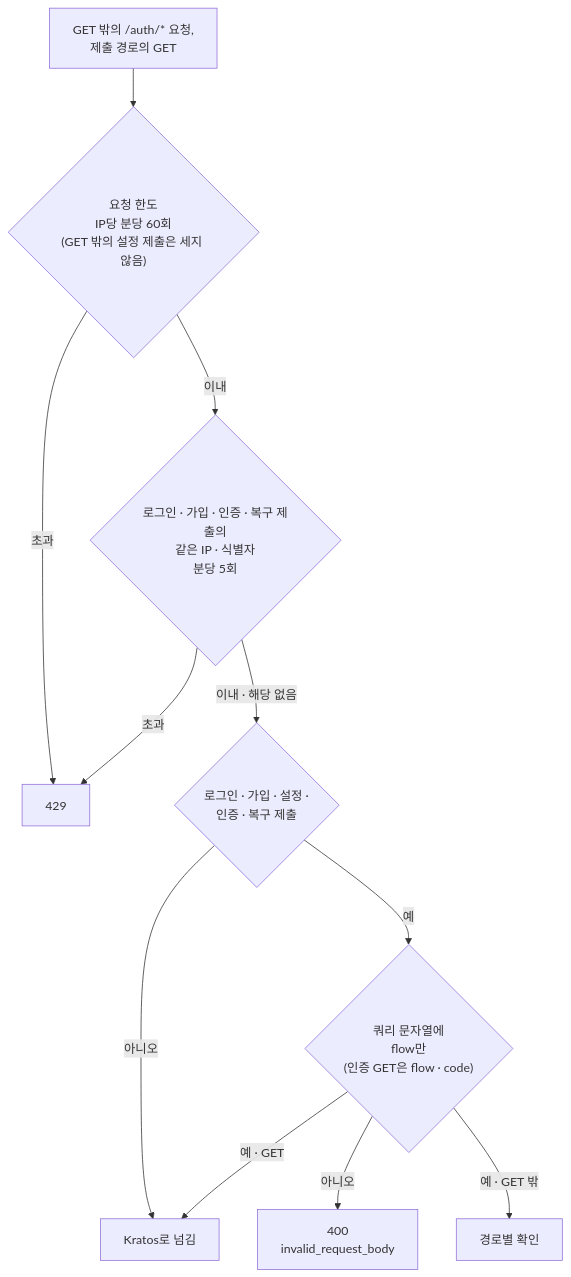
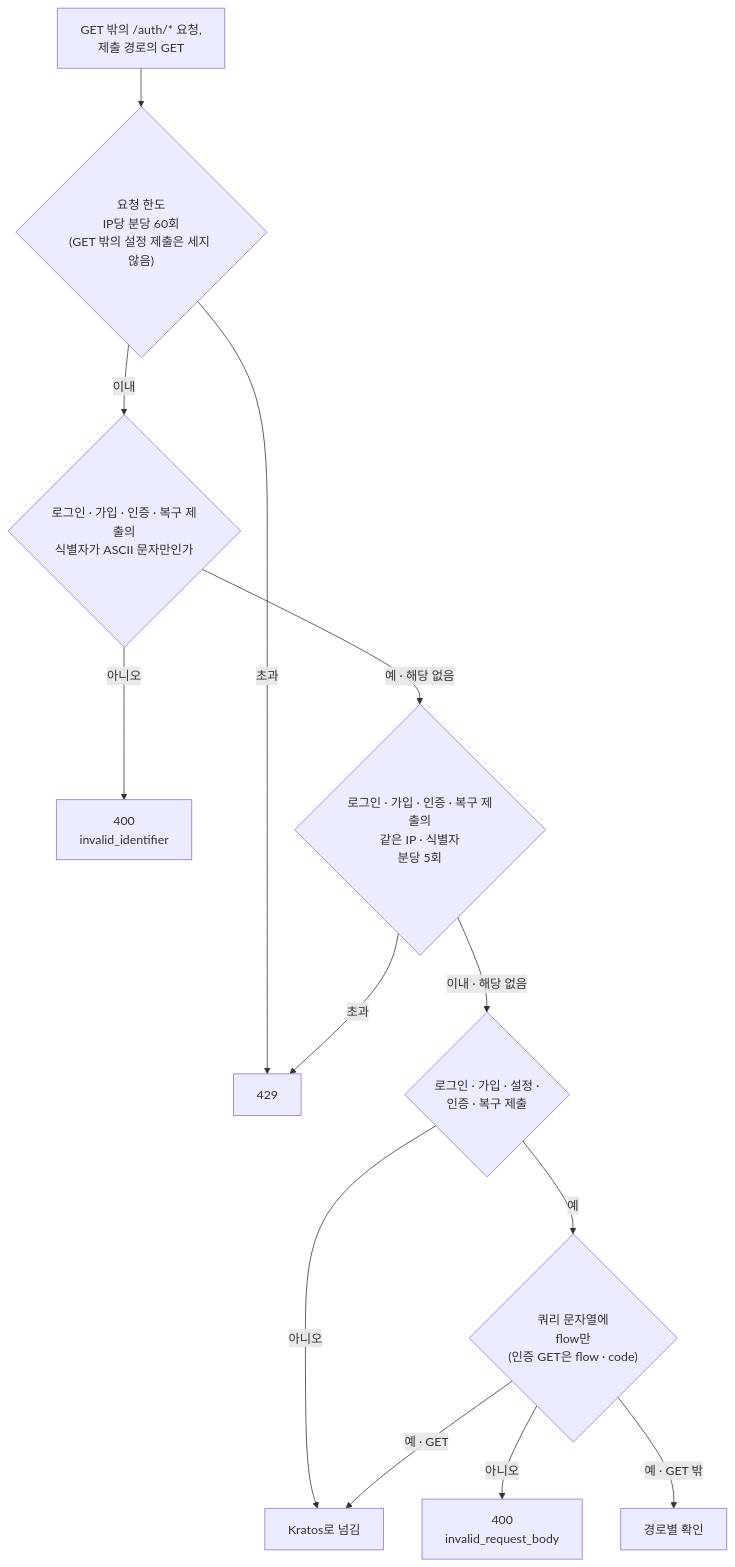
The first of 3 diagrams in docs/guides/auth-proxy.ko.md (onprem-hipster-timer/backend), drawn with Mermaid before and after one commit. The commit also changed other lines of this file and 5 other files, not shown here.

Commit message:
docs(auth): /auth 식별자의 ASCII 규칙과 ASCII 앞뒤 공백 제거·소문자 변환으로 하는 식별자 비교를 프록시·인증·게스트·요청 한도·배포 문서와 CHANGELOG에 반영한다

````diff
--- a/docs/guides/auth-proxy.ko.md
+++ b/docs/guides/auth-proxy.ko.md
@@ -30,13 +30,15 @@
 ```mermaid
 flowchart TD
     A["GET 밖의 /auth/* 요청,<br/>제출 경로의 GET"] --> RL{"요청 한도<br/>IP당 분당 60회<br/>(GET 밖의 설정 제출은 세지 않음)"}
     RL -->|"초과"| R429["429"]
-    RL -->|"이내"| RI{"로그인 · 가입 · 인증 · 복구 제출의<br/>같은 IP · 식별자<br/>분당 5회"}
+    RL -->|"이내"| AS{"로그인 · 가입 · 인증 · 복구 제출의<br/>식별자가 ASCII 문자만인가"}
+    AS -->|"아니오"| R400I["400<br/>invalid_identifier"]
+    AS -->|"예 · 해당 없음"| RI{"로그인 · 가입 · 인증 · 복구 제출의<br/>같은 IP · 식별자<br/>분당 5회"}
     RI -->|"초과"| R429
     RI -->|"이내 · 해당 없음"| Q{"로그인 · 가입 · 설정 ·<br/>인증 · 복구 제출"}
     Q -->|"아니오"| FWD["Kratos로 넘김"]
     Q -->|"예"| QS{"쿼리 문자열에<br/>flow만<br/>(인증 GET은 flow · code)"}
     QS -->|"아니오"| R400["400<br/>invalid_request_body"]
     QS -->|"예 · GET"| FWD
     QS -->|"예 · GET 밖"| NEXT["경로별 확인"]
 ```
````
